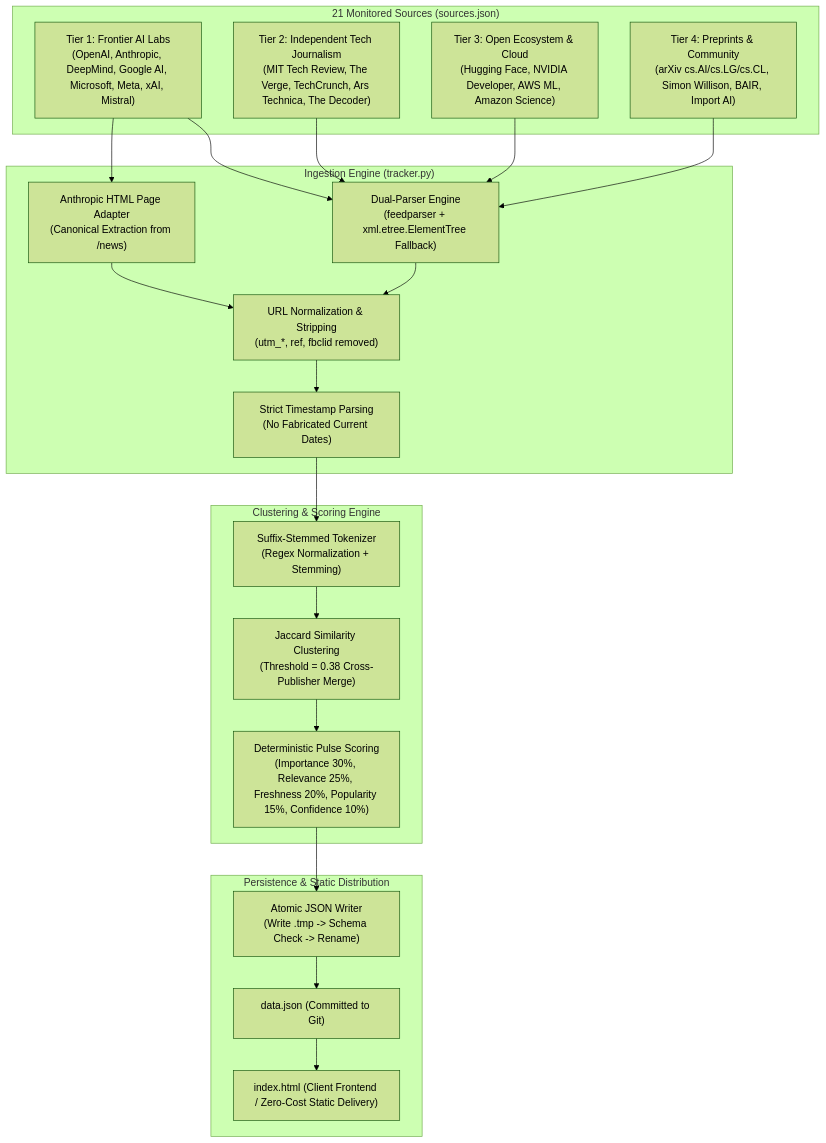
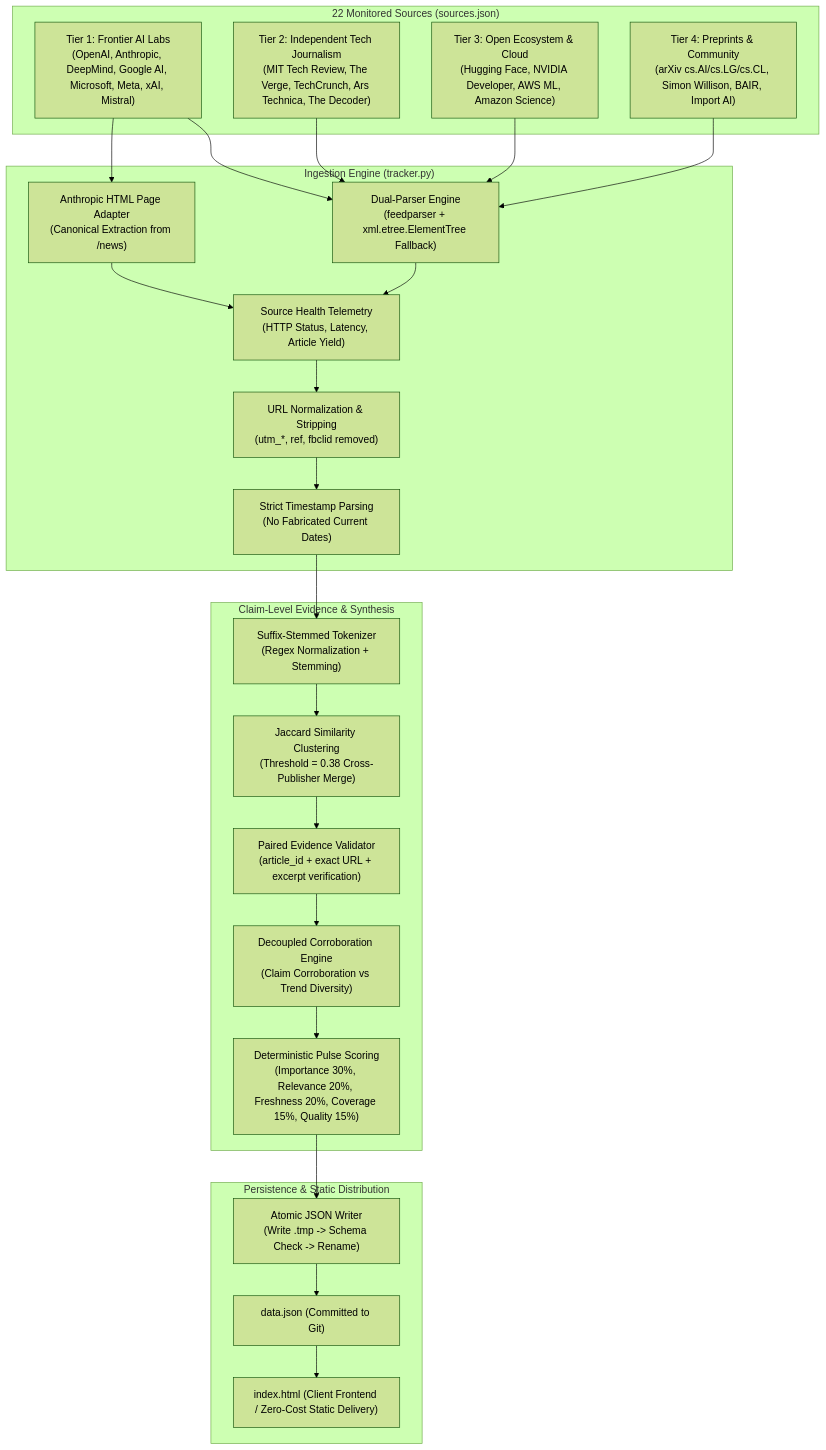
The diagram in DATA_PIPELINE.md (rajyenekal/ai-trend-pulse), drawn with Mermaid (forest theme) before and after one commit. The commit also changed other lines of this file and 6 other files, not shown here.

Commit message:
feat: claim-level evidence verification, source health telemetry, and decoupled trend corroboration

````diff
--- a/DATA_PIPELINE.md
+++ b/DATA_PIPELINE.md
@@ -25,32 +25,35 @@
 ```mermaid
 flowchart TD
-    subgraph Sources["21 Monitored Sources (sources.json)"]
+    subgraph Sources["22 Monitored Sources (sources.json)"]
         T1["Tier 1: Frontier AI Labs\n(OpenAI, Anthropic, DeepMind, Google AI, Microsoft, Meta, xAI, Mistral)"]
         T2["Tier 2: Independent Tech Journalism\n(MIT Tech Review, The Verge, TechCrunch, Ars Technica, The Decoder)"]
         T3["Tier 3: Open Ecosystem & Cloud\n(Hugging Face, NVIDIA Developer, AWS ML, Amazon Science)"]
         T4["Tier 4: Preprints & Community\n(arXiv cs.AI/cs.LG/cs.CL, Simon Willison, BAIR, Import AI)"]
     end
 
     subgraph Ingestion["Ingestion Engine (tracker.py)"]
         DP["Dual-Parser Engine\n(feedparser + xml.etree.ElementTree Fallback)"]
         AA["Anthropic HTML Page Adapter\n(Canonical Extraction from /news)"]
+        TEL["Source Health Telemetry\n(HTTP Status, Latency, Article Yield)"]
         NORM["URL Normalization & Stripping\n(utm_*, ref, fbclid removed)"]
         TIME["Strict Timestamp Parsing\n(No Fabricated Current Dates)"]
     end
 
-    subgraph Clustering["Clustering & Scoring Engine"]
+    subgraph Verification["Claim-Level Evidence & Synthesis"]
         STEM["Suffix-Stemmed Tokenizer\n(Regex Normalization + Stemming)"]
         JAC["Jaccard Similarity Clustering\n(Threshold = 0.38 Cross-Publisher Merge)"]
-        SCORE["Deterministic Pulse Scoring\n(Importance 30%, Relevance 25%, Freshness 20%, Popularity 15%, Confidence 10%)"]
+        PAIR["Paired Evidence Validator\n(article_id + exact URL + excerpt verification)"]
+        DECOUPLE["Decoupled Corroboration Engine\n(Claim Corroboration vs Trend Diversity)"]
+        SCORE["Deterministic Pulse Scoring\n(Importance 30%, Relevance 20%, Freshness 20%, Coverage 15%, Quality 15%)"]
     end
 
     subgraph Delivery["Persistence & Static Distribution"]
         ATOMIC["Atomic JSON Writer\n(Write .tmp -> Schema Check -> Rename)"]
         JSON["data.json (Committed to Git)"]
         FRONTEND["index.html (Client Frontend / Zero-Cost Static Delivery)"]
     end
 
     T1 & T2 & T3 & T4 --> DP
     T1 --> AA
-    DP & AA --> NORM --> TIME --> STEM --> JAC --> SCORE --> ATOMIC --> JSON --> FRONTEND
+    DP & AA --> TEL --> NORM --> TIME --> STEM --> JAC --> PAIR --> DECOUPLE --> SCORE --> ATOMIC --> JSON --> FRONTEND
 ```
````
